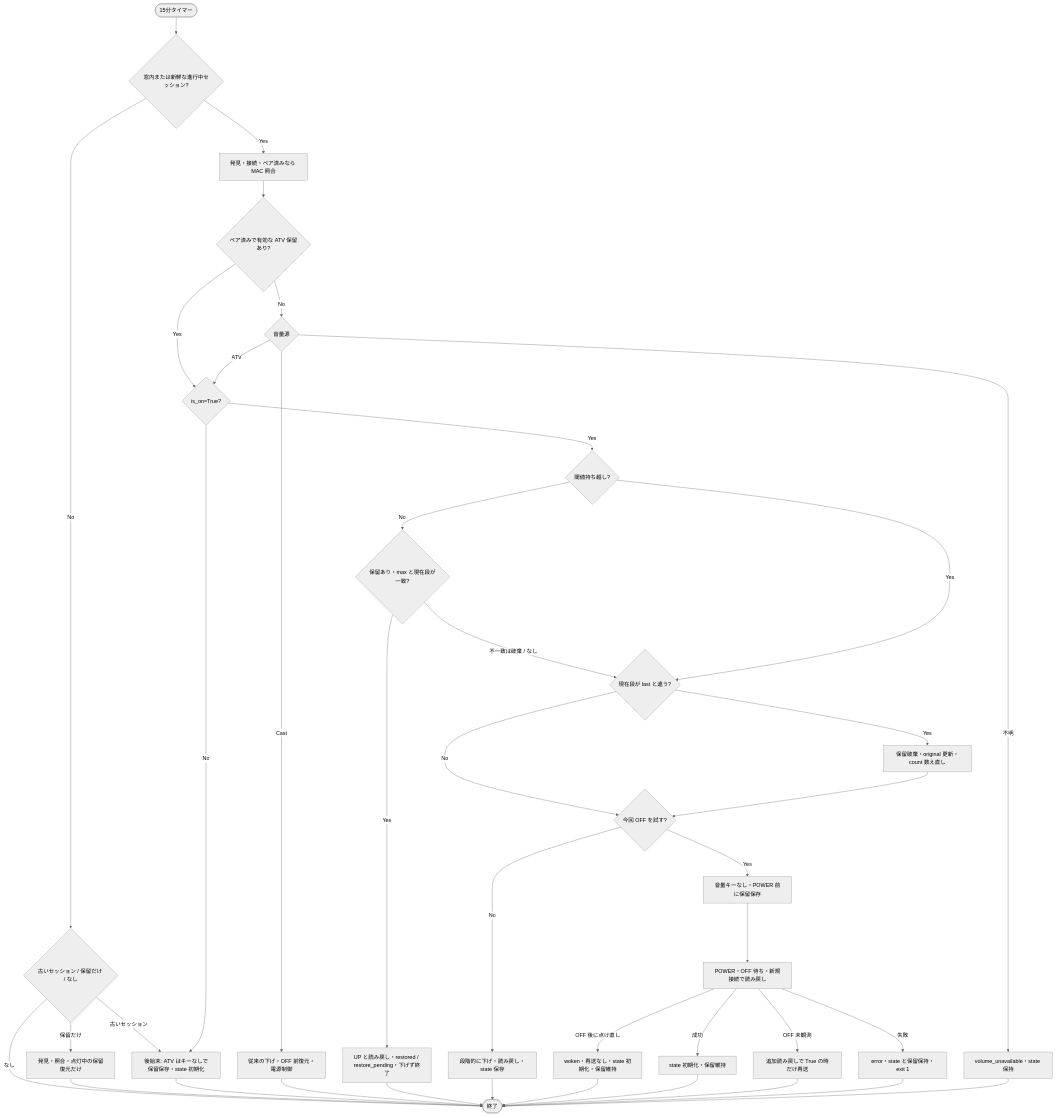
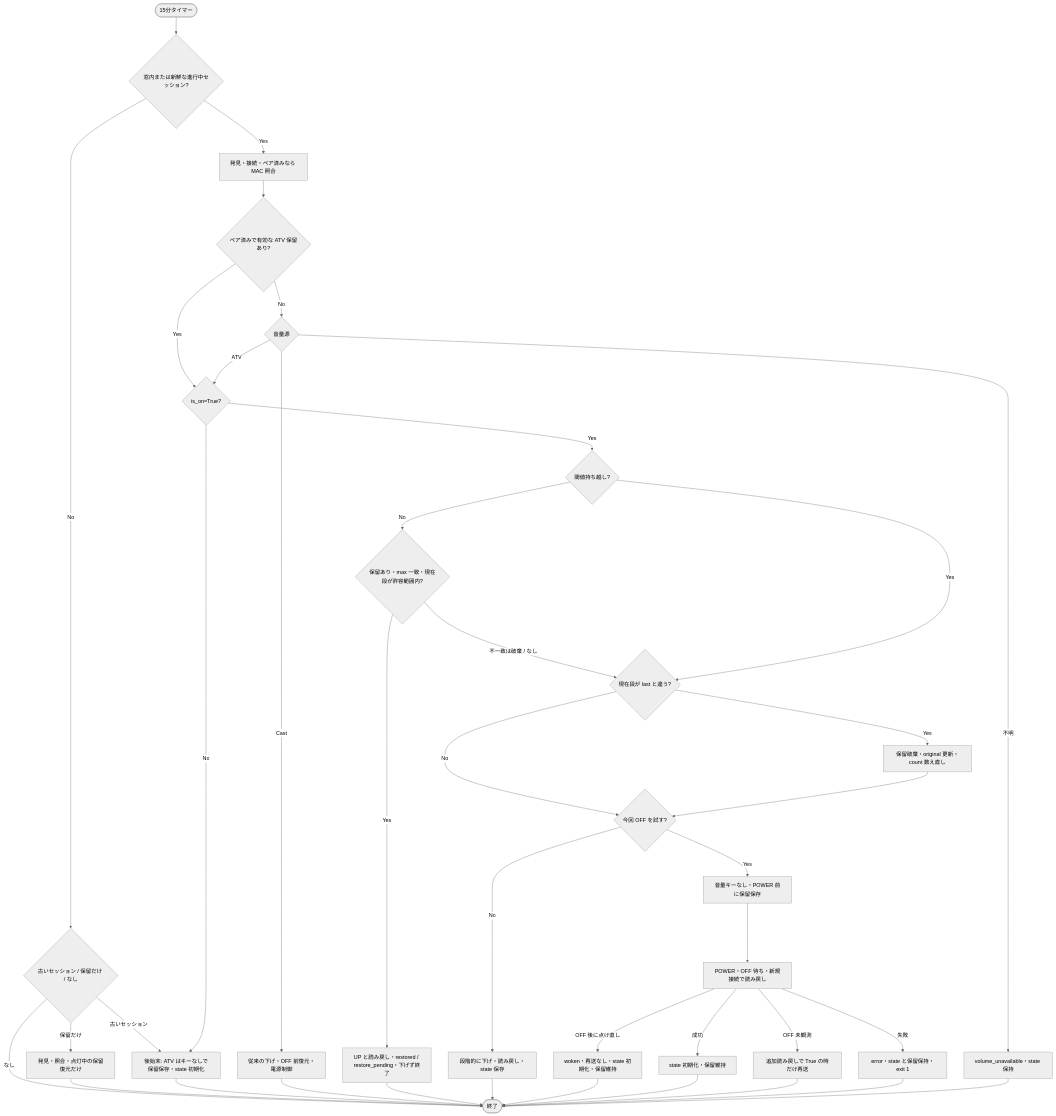
Before and after one commit to noricha-vr/nemucast: the diagram in README.md, drawn with Mermaid (neutral theme). The commit also changed other lines of this file and 4 other files, not shown here.

````diff
--- a/README.md
+++ b/README.md
@@ -153,41 +153,41 @@
 ```mermaid
 flowchart TD
     Start([15分タイマー]) --> Window{窓内または新鮮な進行中セッション?}
     Window -->|Yes| Discover[発見・接続・ペア済みなら MAC 照合]
     Window -->|No| Outside{古いセッション / 保留だけ / なし}
     Outside -->|古いセッション| Cleanup[後始末: ATV はキーなしで保留保存・state 初期化]
     Outside -->|保留だけ| PendingOnly[発見・照合・点灯中の保留復元だけ]
     Outside -->|なし| End([終了])
     Discover --> HasPending{ペア済みで有効な ATV 保留あり?}
     HasPending -->|Yes| On
     HasPending -->|No| Source{音量源}
     Source -->|Cast| Cast[従来の下げ・OFF 前復元・電源制御]
     Source -->|ATV| On{is_on=True?}
     Source -->|不明| Unavailable[volume_unavailable・state 保持]
     On -->|No| Cleanup
     On -->|Yes| Retry{閾値持ち越し?}
-    Retry -->|No| Pending{保留あり・max と現在段が一致?}
+    Retry -->|No| Pending{保留あり・max 一致・現在段が許容範囲内?}
     Pending -->|Yes| Restore[UP と読み戻し・restored / restore_pending・下げず終了]
     Pending -->|不一致は破棄 / なし| Manual
     Retry -->|Yes| Manual{現在段が last と違う?}
     Manual -->|Yes| Reset[保留破棄・original 更新・count 数え直し]
     Manual -->|No| Threshold
     Reset --> Threshold{今回 OFF を試す?}
     Threshold -->|No| Lower[段階的に下げ・読み戻し・state 保存]
     Threshold -->|Yes| SavePending[音量キーなし・POWER 前に保留保存]
     SavePending --> Off[POWER・OFF 待ち・新規接続で読み戻し]
     Off -->|OFF 後に点け直し| Woken[woken・再送なし・state 初期化・保留維持]
     Off -->|OFF 未観測| Recheck[追加読み戻しで True の時だけ再送]
     Off -->|成功| Clear[state 初期化・保留維持]
     Off -->|失敗| Fail[error・state と保留保持・exit 1]
     PendingOnly --> End
     Cleanup --> End
     Cast --> End
     Restore --> End
     Lower --> End
     Woken --> End
     Clear --> End
     Recheck --> End
     Fail --> End
     Unavailable --> End
 ```
````
